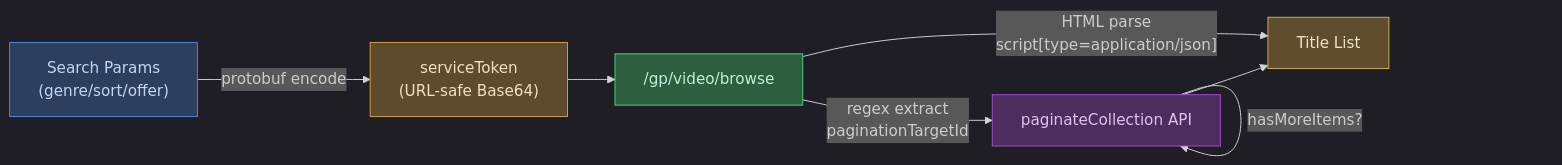
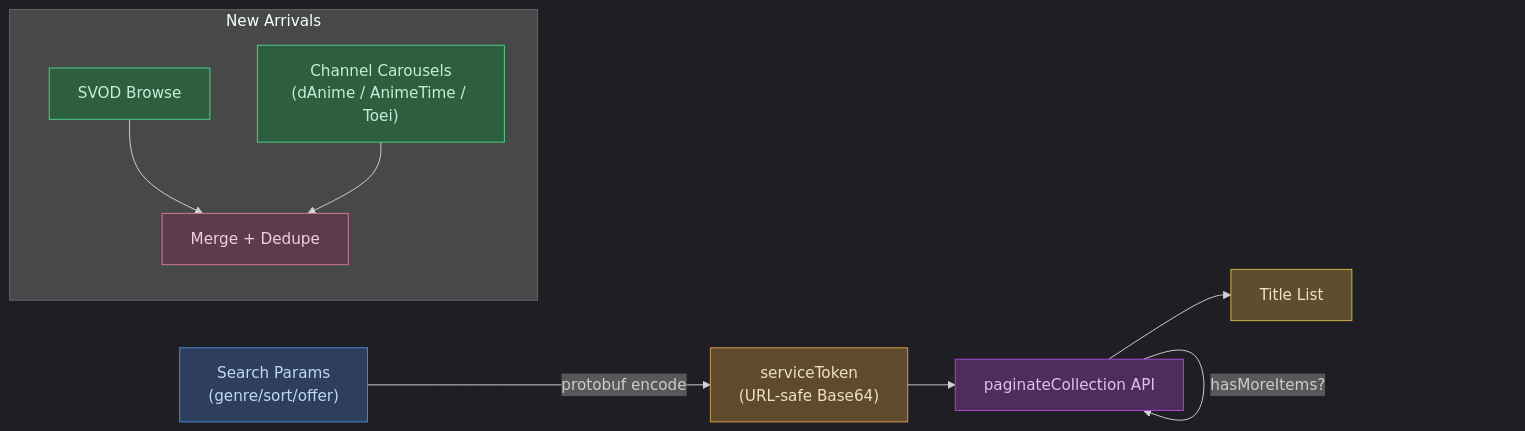
The second of 5 diagrams in README.md (tkgstrator/anime-tracker), drawn with Mermaid before and after one commit. The commit also changed other lines of this file and 1 other file, not shown here.

````diff
--- a/README.md
+++ b/README.md
@@ -98,16 +108,21 @@
 ```mermaid
 %%{init: {'theme': 'dark'}}%%
 graph LR
     Params["Search Params<br/>(genre/sort/offer)"] -->|protobuf encode| Token["serviceToken<br/>(URL-safe Base64)"]
-    Token --> Browse["/gp/video/browse"]
-    Browse -->|"HTML parse<br/>script[type=application/json]"| Titles["Title List"]
-    Browse -->|"regex extract<br/>paginationTargetId"| Paginate["paginateCollection API"]
+    Token --> Paginate["paginateCollection API"]
     Paginate -->|"hasMoreItems?"| Paginate
-    Paginate --> Titles
+    Paginate --> Titles["Title List"]
+
+    subgraph New Arrivals
+        SVOD["SVOD Browse"] --> Union["Merge + Dedupe"]
+        Channels["Channel Carousels<br/>(dAnime / AnimeTime / Toei)"] --> Union
+    end
 
     style Params fill:#2d3e5e,stroke:#4c8cd4,color:#c0d8f0
     style Token fill:#5e4a2d,stroke:#d4a04c,color:#f0e0c0
-    style Browse fill:#2d5e3e,stroke:#4cd48c,color:#c0f0d8
     style Titles fill:#5e4e2d,stroke:#d4b44c,color:#f0e4c0
     style Paginate fill:#4e2d5e,stroke:#a44cd4,color:#e0c0f0
+    style SVOD fill:#2d5e3e,stroke:#4cd48c,color:#c0f0d8
+    style Channels fill:#2d5e3e,stroke:#4cd48c,color:#c0f0d8
+    style Union fill:#5e3a4d,stroke:#d4789c,color:#f0d0e0
 ```
````
